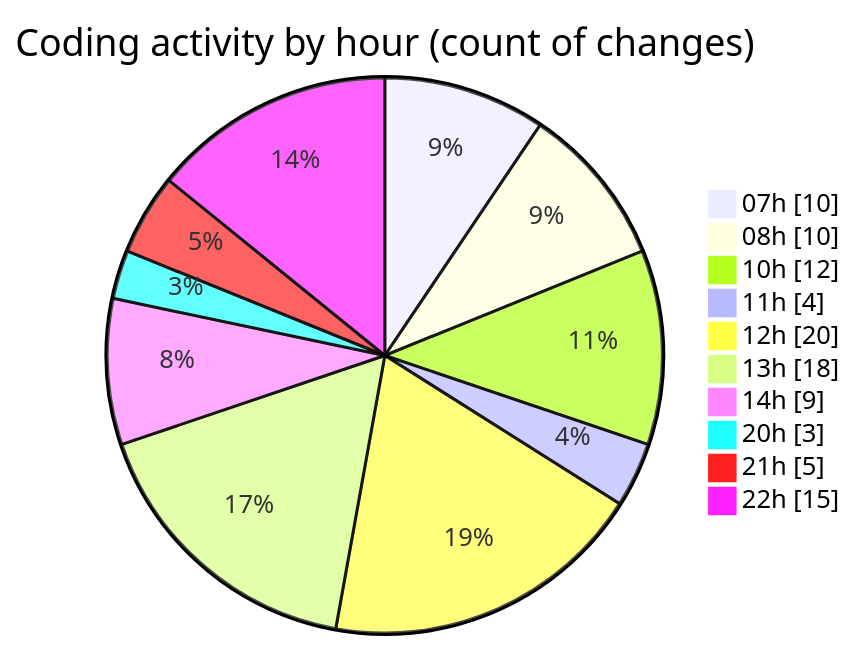
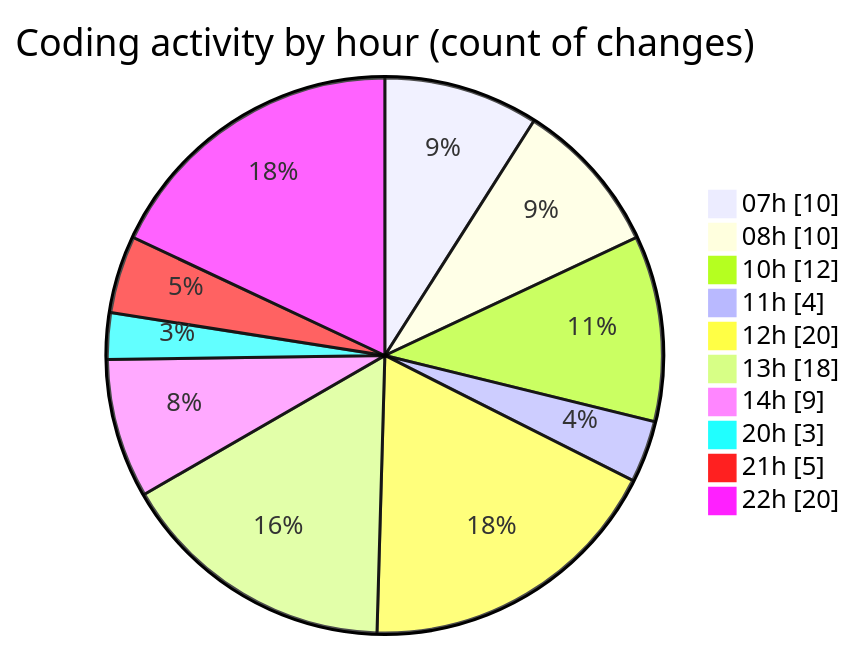
Before and after one commit to tmsrecording-cyber/code-tracking: the second of 2 diagrams in 2026-02-08/singularitybrainai/README.md, drawn with Mermaid. The commit also changed other lines of this file and 1 other file, not shown here.

````diff
--- a/2026-02-08/singularitybrainai/README.md
+++ b/2026-02-08/singularitybrainai/README.md
@@ -47,14 +48,14 @@
 ```mermaid
 pie showData
 title Coding activity by hour (count of changes)
 "07h" : 10
 "08h" : 10
 "10h" : 12
 "11h" : 4
 "12h" : 20
 "13h" : 18
 "14h" : 9
 "20h" : 3
 "21h" : 5
-"22h" : 15
+"22h" : 20
 ```
````
